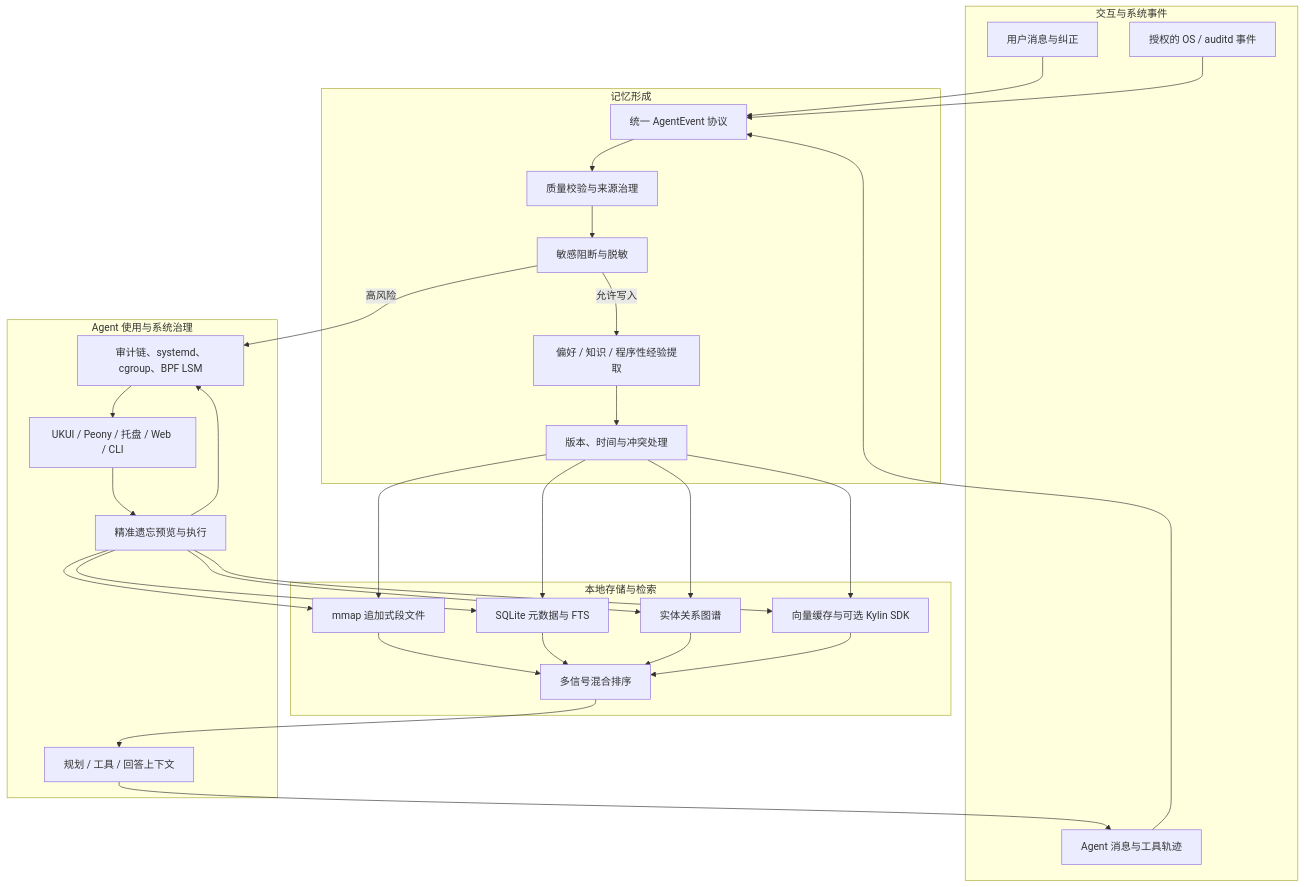
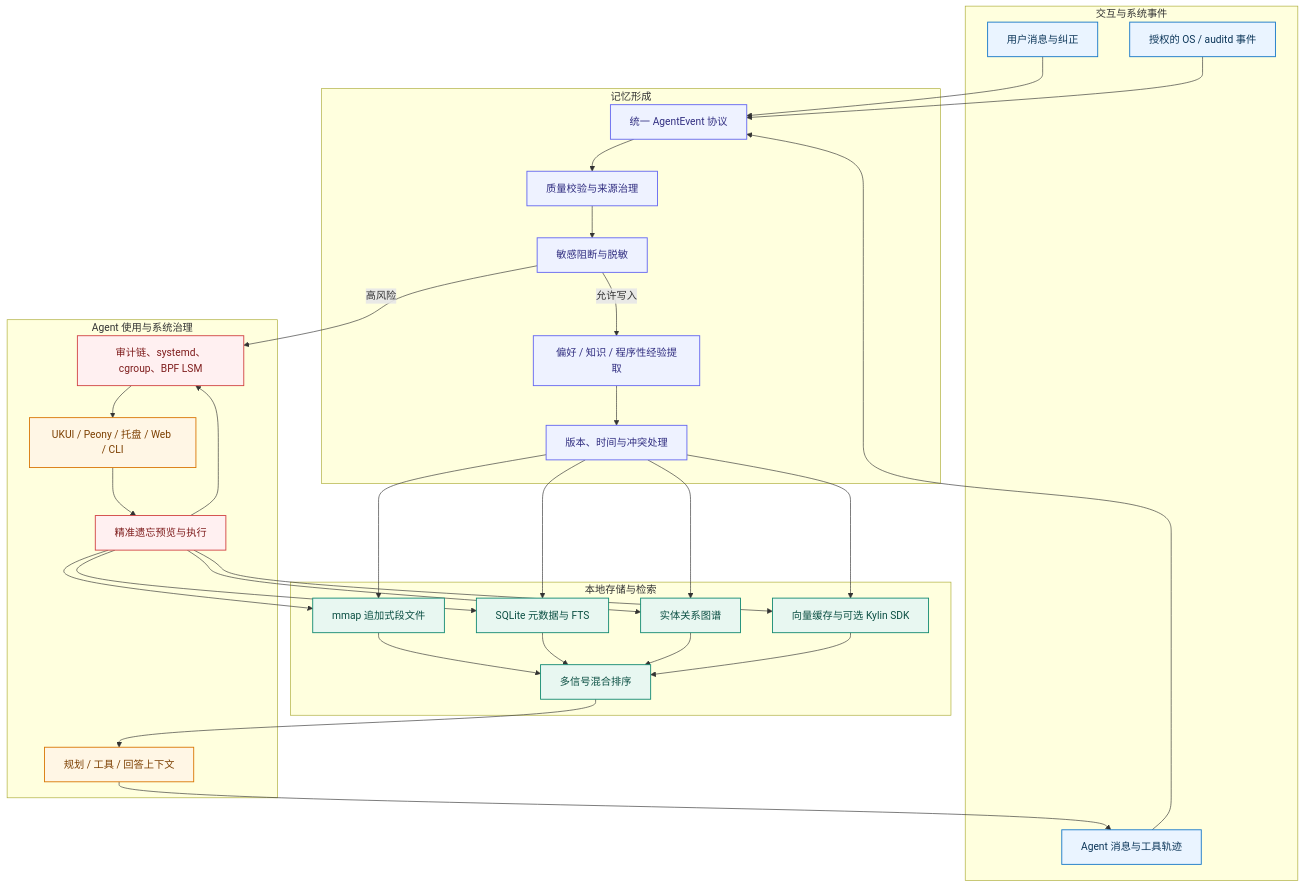
One commit to Alexd-star/memguardos changed the second of 2 diagrams in README.md. Above: the diagram before and after it, drawn with Mermaid. The commit also changed other lines of this file, not shown here.

Commit message:
docs(readme): add visual architecture and feature highlights

````diff
--- a/README.md
+++ b/README.md
@@ -200,54 +267,66 @@
 ```mermaid
 flowchart TB
     subgraph S1["交互与系统事件"]
         U["用户消息与纠正"]
         A["Agent 消息与工具轨迹"]
         O["授权的 OS / auditd 事件"]
     end
 
     subgraph S2["记忆形成"]
         E["统一 AgentEvent 协议"]
         Q["质量校验与来源治理"]
         P["敏感阻断与脱敏"]
         X["偏好 / 知识 / 程序性经验提取"]
         V["版本、时间与冲突处理"]
     end
 
     subgraph S3["本地存储与检索"]
         M["mmap 追加式段文件"]
         D["SQLite 元数据与 FTS"]
         G["实体关系图谱"]
         R["向量缓存与可选 Kylin SDK"]
         H["多信号混合排序"]
     end
 
     subgraph S4["Agent 使用与系统治理"]
         C["规划 / 工具 / 回答上下文"]
         F["精准遗忘预览与执行"]
         Z["审计链、systemd、cgroup、BPF LSM"]
         UI["UKUI / Peony / 托盘 / Web / CLI"]
     end
 
     U --> E
     A --> E
     O --> E
     E --> Q --> P
     P -->|"允许写入"| X --> V
     P -->|"高风险"| Z
     V --> M
     V --> D
     V --> G
     V --> R
     M --> H
     D --> H
     G --> H
     R --> H
     H --> C --> A
     UI --> F
     F --> M
     F --> D
     F --> G
     F --> R
     F --> Z
     Z --> UI
+
+    classDef event fill:#EAF4FF,stroke:#1677C8,color:#0B3558,stroke-width:1.4px;
+    classDef form fill:#EEF2FF,stroke:#6366F1,color:#312E81,stroke-width:1.4px;
+    classDef store fill:#E8F7F1,stroke:#138A72,color:#0B4F43,stroke-width:1.4px;
+    classDef use fill:#FFF6E5,stroke:#D97706,color:#7C3F00,stroke-width:1.4px;
+    classDef govern fill:#FFF0F1,stroke:#D14343,color:#7F1D1D,stroke-width:1.4px;
+
+    class U,A,O event;
+    class E,Q,P,X,V form;
+    class M,D,G,R,H store;
+    class C,UI use;
+    class F,Z govern;
 ```
````
